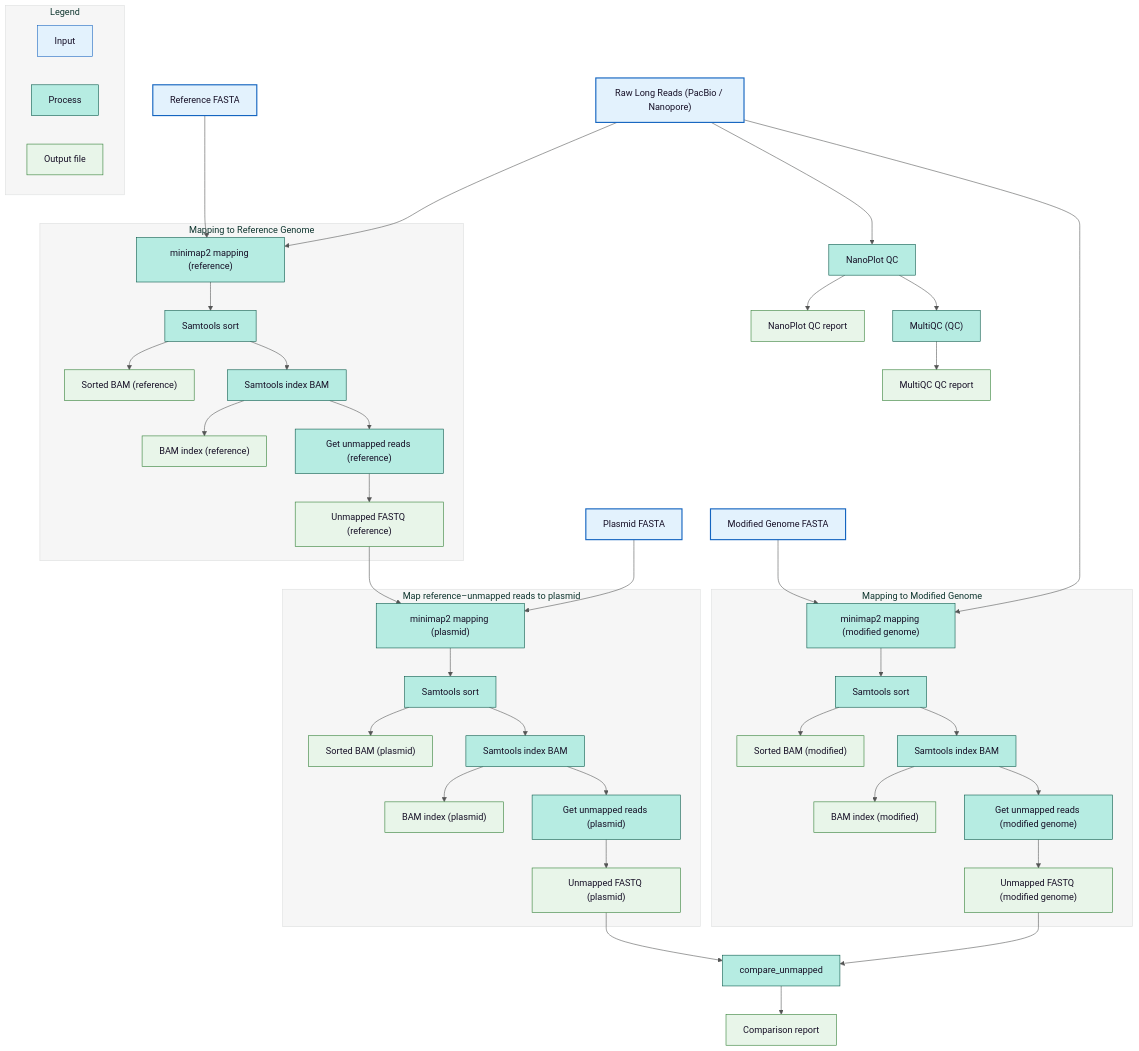
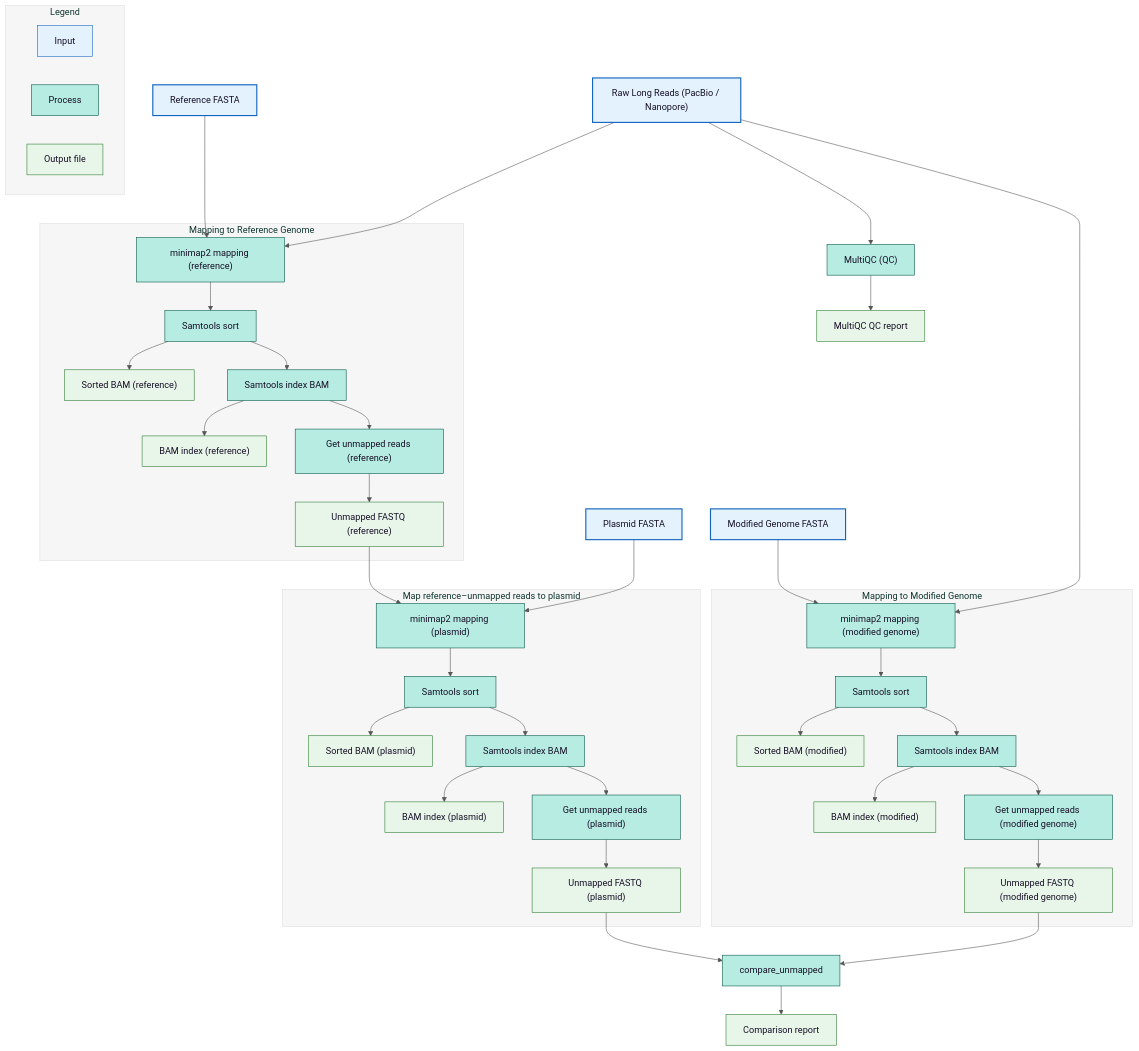
One commit to denisHanch/efsa_pipeline changed the first of 2 diagrams in docs/outputs/unmapped-stats.md. Above: the diagram before and after it, drawn with Mermaid. The commit also changed 82 other files, not shown here.

```diff
--- a/docs/outputs/unmapped-stats.md
+++ b/docs/outputs/unmapped-stats.md
@@ -77,13 +77,10 @@
 style PLASMID_REF fill:#E3F2FD,stroke:#1565C0,stroke-width:2px
 
 %% ===== QC =====
-NANO_PLOT["NanoPlot QC"]
 MULTIQC_QC["MultiQC (QC)"]
-NANO_PLOT_OUT["NanoPlot QC report"]:::output
 MULTIQC_QC_OUT["MultiQC QC report"]:::output
 
-LONG_READS --> NANO_PLOT --> MULTIQC_QC
-NANO_PLOT --> NANO_PLOT_OUT
+LONG_READS --> MULTIQC_QC
 MULTIQC_QC --> MULTIQC_QC_OUT
 
 %% ===============================
```
